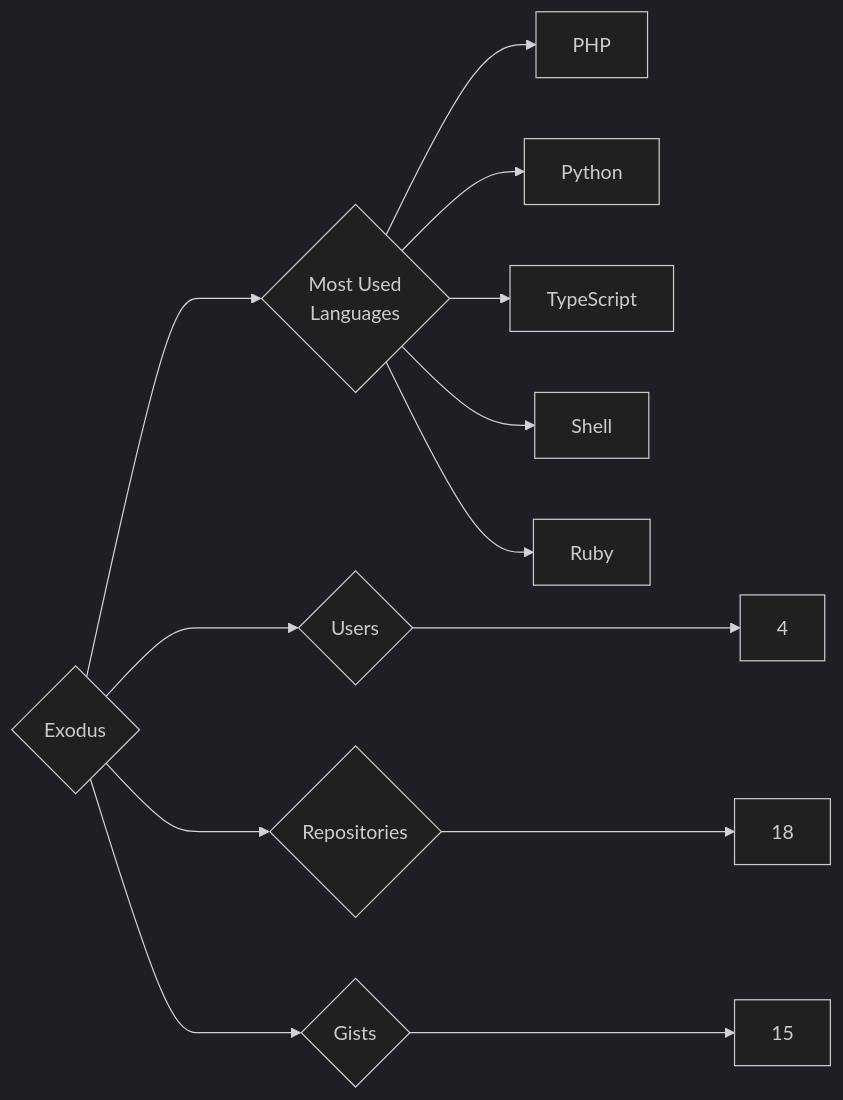
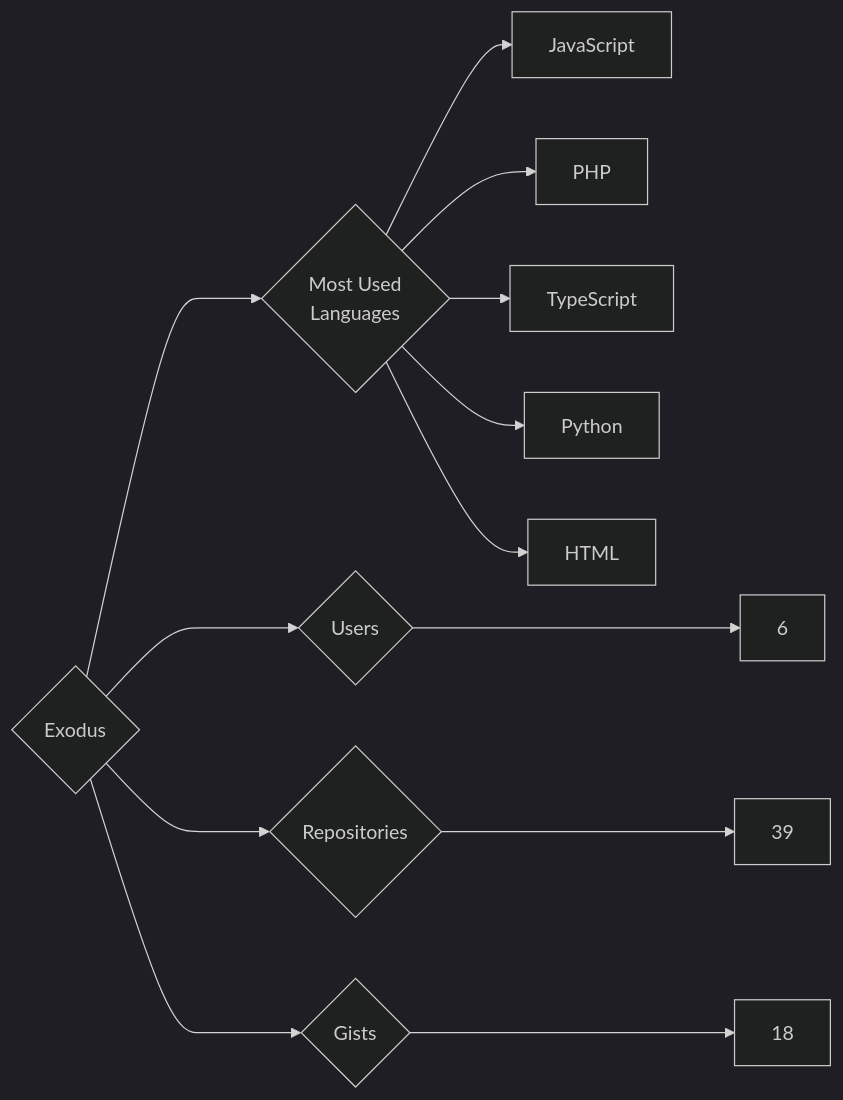
One commit to trickest/insiders changed the diagram in targets/Exodus/README.md. Above: the diagram before and after it, drawn with Mermaid (dark theme). The commit also changed 1166 other files, not shown here.

````diff
--- a/targets/Exodus/README.md
+++ b/targets/Exodus/README.md
@@ -3,13 +3,13 @@
 ```mermaid
 graph LR
 COMPANY_NAME{Exodus}
-COMPANY_NAME ---> U{Users} ---> UN[4]
-COMPANY_NAME ---> R{Repositories} ---> RN[18]
-COMPANY_NAME ---> G{Gists} ---> GN[15]
+COMPANY_NAME ---> U{Users} ---> UN[6]
+COMPANY_NAME ---> R{Repositories} ---> RN[39]
+COMPANY_NAME ---> G{Gists} ---> GN[18]
 COMPANY_NAME ---> ML{Most Used<br>Languages}
+ML --> JavaScript[JavaScript]
 ML --> PHP[PHP]
+ML --> TypeScript[TypeScript]
 ML --> Python[Python]
-ML --> TypeScript[TypeScript]
-ML --> Shell[Shell]
-ML --> Ruby[Ruby]
+ML --> HTML[HTML]
 ```
````
